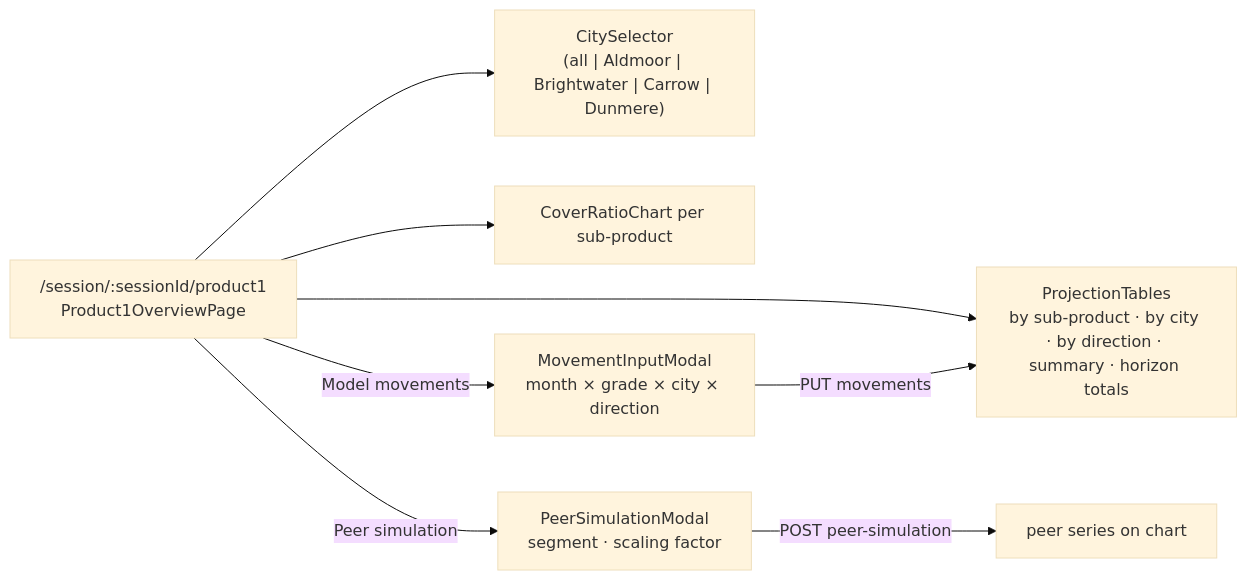
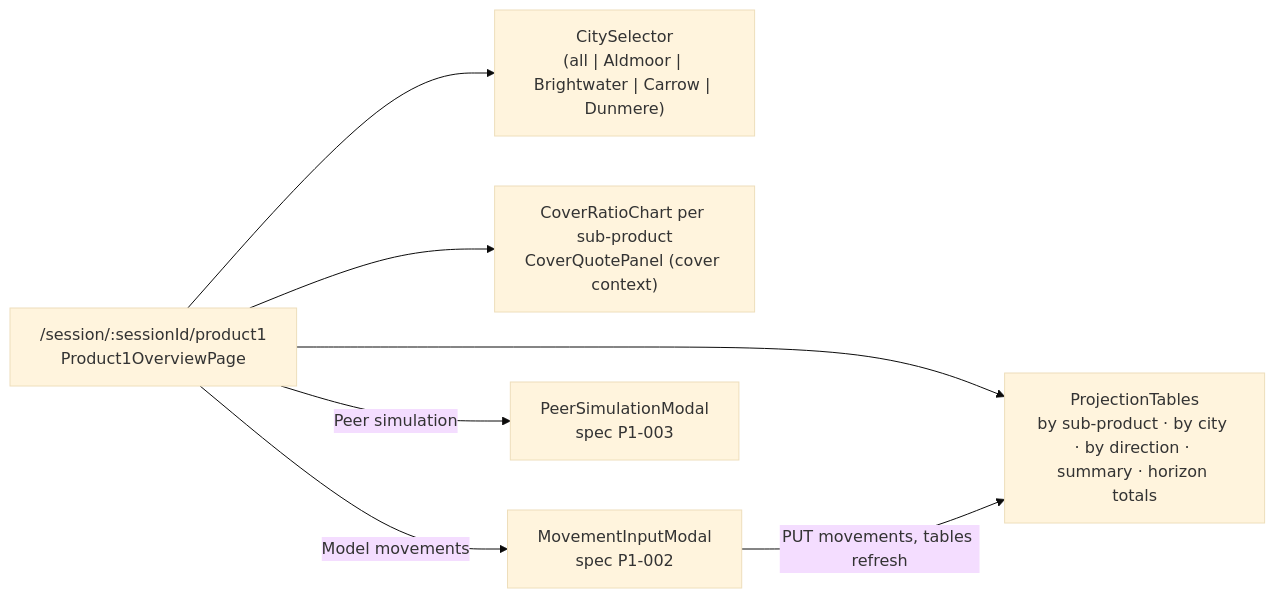
Before and after one commit to NatSjm/investigation: the diagram in docs-repo/features/product1/P1-001.md, drawn with Mermaid (base theme). The commit also changed other lines of this file and 89 other files, not shown here.

First line of the commit message:
Specs cut by screen and modal, Product 2 mirrors, two flows, shaping conventions

````diff
--- a/docs-repo/features/product1/P1-001.md
+++ b/docs-repo/features/product1/P1-001.md
@@ -103,10 +98,9 @@
 ```mermaid
 flowchart LR
   A["/session/:sessionId/product1<br/>Product1OverviewPage"] --> B["CitySelector<br/>(all | Aldmoor | Brightwater | Carrow | Dunmere)"]
   A --> C["ProjectionTables<br/>by sub-product · by city · by direction · summary · horizon totals"]
-  A --> D["CoverRatioChart per sub-product"]
-  A -- "Model movements" --> E["MovementInputModal<br/>month × grade × city × direction"]
-  E -- "PUT movements" --> C
-  A -- "Peer simulation" --> F["PeerSimulationModal<br/>segment · scaling factor"]
-  F -- "POST peer-simulation" --> G["peer series on chart"]
+  A --> D["CoverRatioChart per sub-product<br/>CoverQuotePanel (cover context)"]
+  A -- "Model movements" --> E["MovementInputModal<br/>spec P1-002"]
+  E -- "PUT movements, tables refresh" --> C
+  A -- "Peer simulation" --> F["PeerSimulationModal<br/>spec P1-003"]
 ```
````
